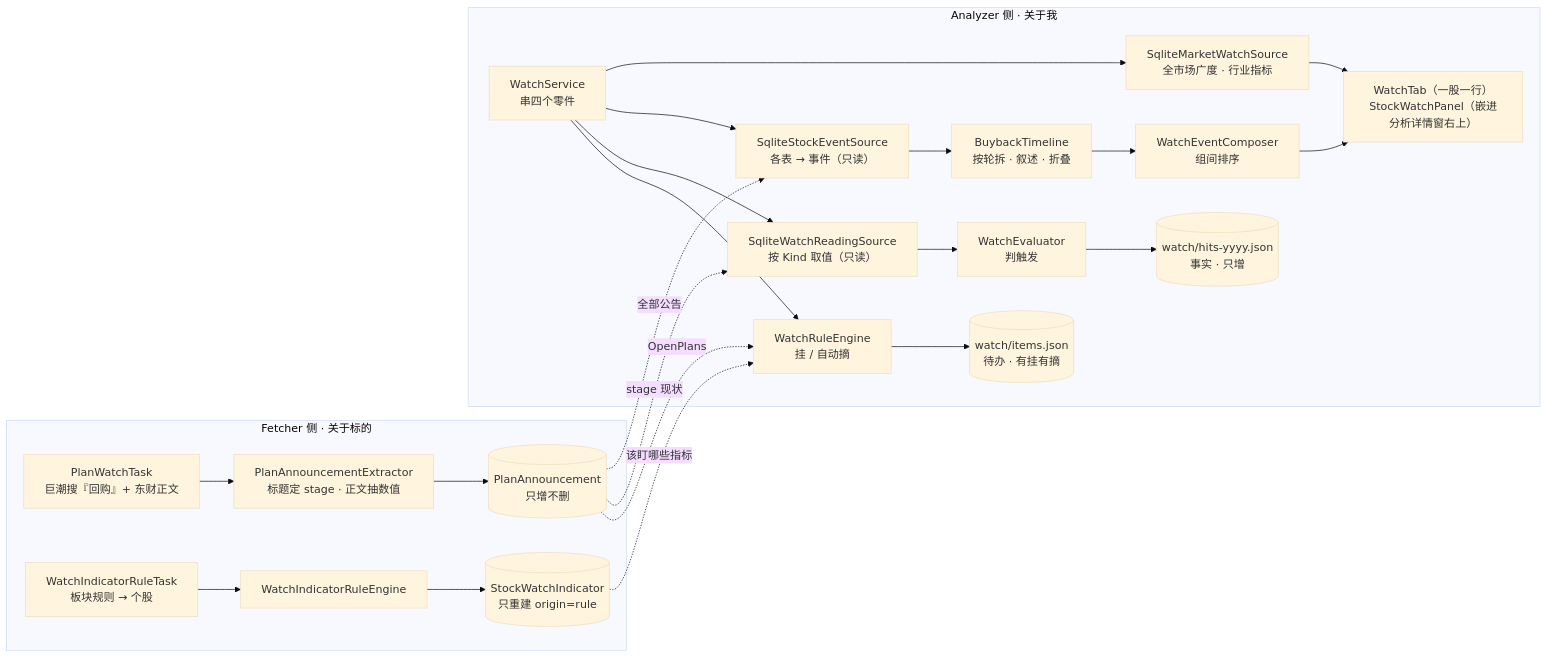
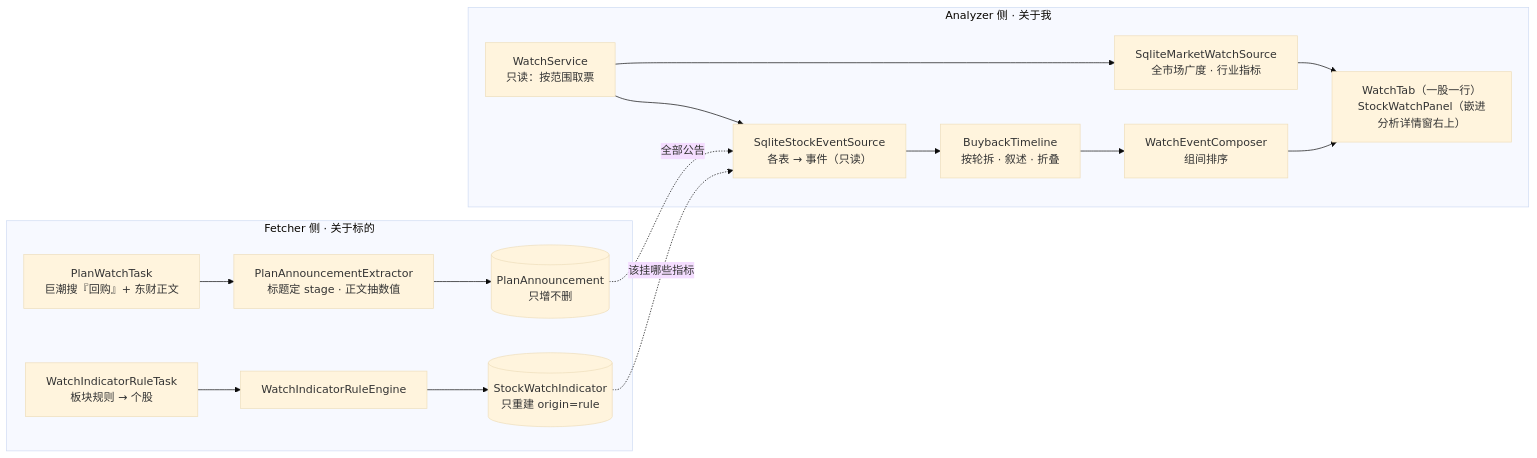
Before and after one commit to lcq9732/stock: the fourth of 9 diagrams in doc/solution-class-map.md, drawn with Mermaid (base theme). The commit also changed other lines of this file and 32 other files, not shown here.

````diff
--- a/doc/solution-class-map.md
+++ b/doc/solution-class-map.md
@@ -325,34 +325,25 @@
 ```mermaid
 flowchart LR
   subgraph F["Fetcher 侧 · 关于标的"]
     PW["PlanWatchTask<br/>巨潮搜『回购』+ 东财正文"]
     EX["PlanAnnouncementExtractor<br/>标题定 stage · 正文抽数值"]
     PA[("PlanAnnouncement<br/>只增不删")]
     WI["WatchIndicatorRuleTask<br/>板块规则 → 个股"]
     RE["WatchIndicatorRuleEngine"]
     SWI[("StockWatchIndicator<br/>只重建 origin=rule")]
     PW --> EX --> PA
     WI --> RE --> SWI
   end
   subgraph A["Analyzer 侧 · 关于我"]
-    WS["WatchService<br/>串四个零件"]
-    WRE["WatchRuleEngine<br/>挂 / 自动摘"]
-    WEV["WatchEvaluator<br/>判触发"]
-    RS["SqliteWatchReadingSource<br/>按 Kind 取值（只读）"]
-    IT[("watch/items.json<br/>待办 · 有挂有摘")]
-    HT[("watch/hits-yyyy.json<br/>事实 · 只增")]
+    WS["WatchService<br/>只读：按范围取票"]
     ES["SqliteStockEventSource<br/>各表 → 事件（只读）"]
     BT["BuybackTimeline<br/>按轮拆 · 叙述 · 折叠"]
     CP["WatchEventComposer<br/>组间排序"]
     MK["SqliteMarketWatchSource<br/>全市场广度 · 行业指标"]
     UI["WatchTab（一股一行）<br/>StockWatchPanel（嵌进分析详情窗右上）"]
-    WS --> WRE --> IT
-    WS --> RS --> WEV --> HT
     WS --> ES --> BT --> CP --> UI
     WS --> MK --> UI
   end
-  PA -.OpenPlans.-> WRE
-  SWI -.该盯哪些指标.-> WRE
-  PA -.stage 现状.-> RS
   PA -.全部公告.-> ES
+  SWI -.该挂哪些指标.-> ES
 ```
````
